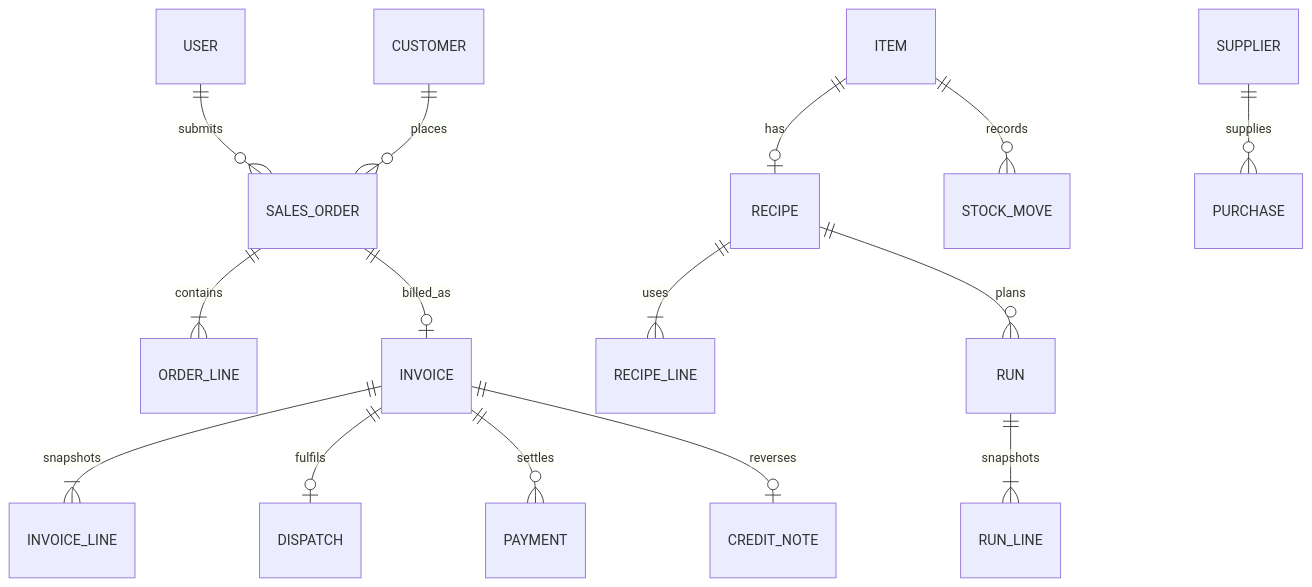
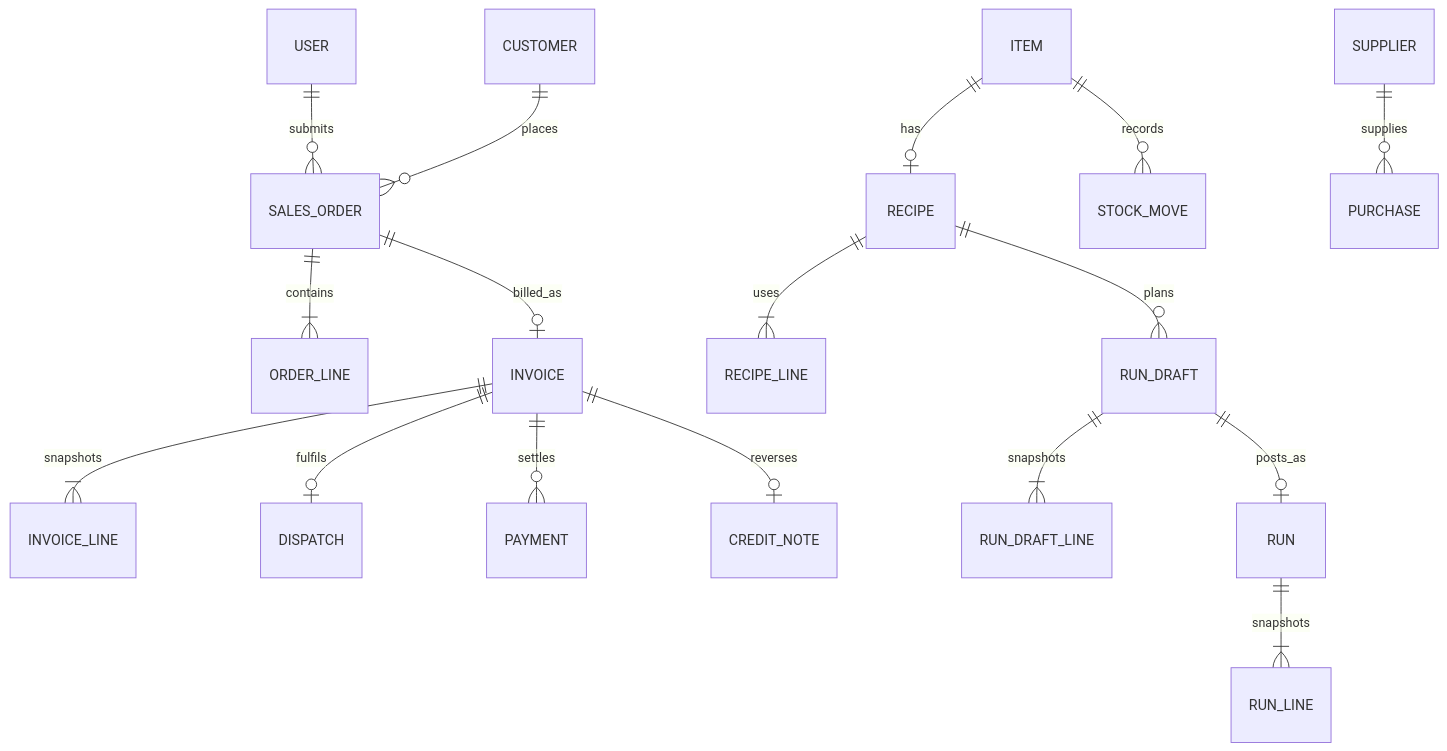
Before and after one commit to asthasinghcs/batchbook: the diagram in docs/design.md, drawn with Mermaid. The commit also changed other lines of this file and 2 other files, not shown here.

Commit message:
Update the evaluator walkthrough for the rebuilt batch flow

````diff
--- a/docs/design.md
+++ b/docs/design.md
@@ -5,17 +5,19 @@
 ```mermaid
 erDiagram
     USER ||--o{ SALES_ORDER : submits
     CUSTOMER ||--o{ SALES_ORDER : places
     SALES_ORDER ||--|{ ORDER_LINE : contains
     SALES_ORDER ||--o| INVOICE : billed_as
     INVOICE ||--|{ INVOICE_LINE : snapshots
     INVOICE ||--o| DISPATCH : fulfils
     INVOICE ||--o{ PAYMENT : settles
     INVOICE ||--o| CREDIT_NOTE : reverses
     ITEM ||--o| RECIPE : has
     RECIPE ||--|{ RECIPE_LINE : uses
     ITEM ||--o{ STOCK_MOVE : records
-    RECIPE ||--o{ RUN : plans
+    RECIPE ||--o{ RUN_DRAFT : plans
+    RUN_DRAFT ||--|{ RUN_DRAFT_LINE : snapshots
+    RUN_DRAFT ||--o| RUN : posts_as
     RUN ||--|{ RUN_LINE : snapshots
     SUPPLIER ||--o{ PURCHASE : supplies
 ```
````
